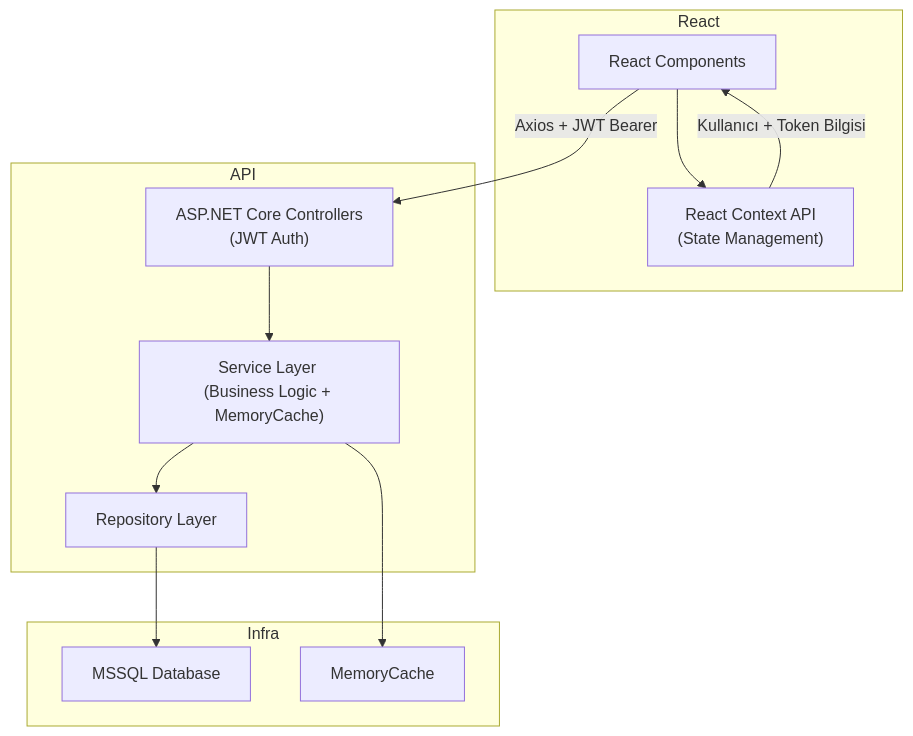
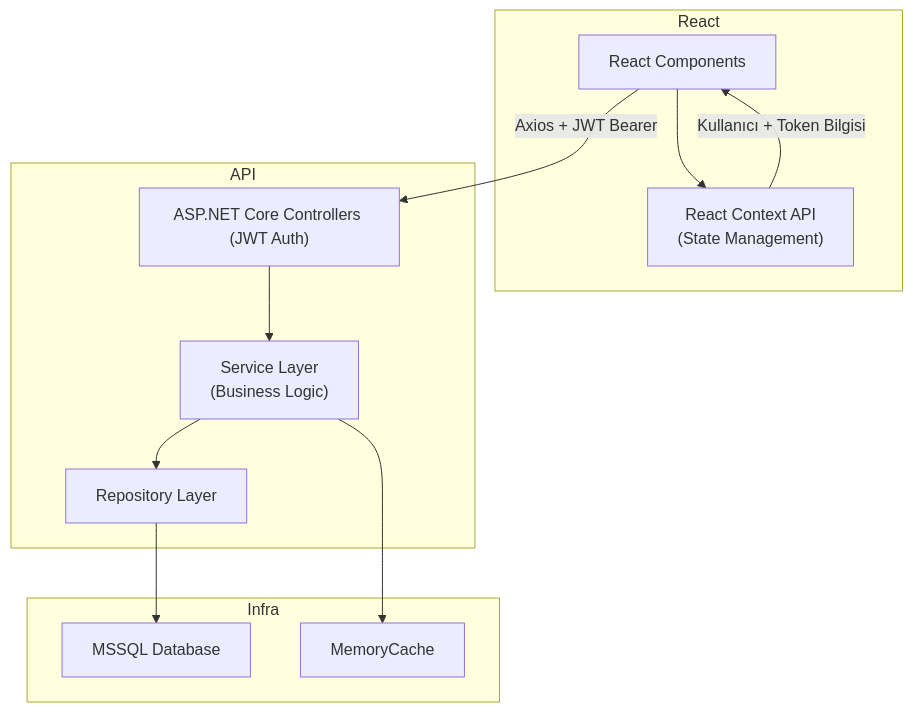
Before and after one commit to AliErenMercan/InveonBootcampAssignments: the diagram in README.md, drawn with Mermaid.

Commit message:
System Diagram has updated

````diff
--- a/README.md
+++ b/README.md
@@ -5,26 +5,28 @@
 ```mermaid
 flowchart TB
     subgraph React
     UI["React Components"]
-    ContextAPI["React Context API \n(State Management)"]
+    ContextAPI["React Context API 
+    (State Management)"]
     UI --> ContextAPI
     end
 
     subgraph API
-    Controller["ASP.NET Core Controllers \n(JWT Auth)"]
-    ServiceLayer["Service Layer \n(Business Logic + MemoryCache)"]
+    Controller["ASP.NET Core Controllers (JWT Auth)"]
+    ServiceLayer["Service Layer 
+    (Business Logic)"]
     RepositoryLayer["Repository Layer"]
     end
 
     subgraph Infra
     DB["MSSQL Database"]
     Cache["MemoryCache"]
     end
 
     UI -->|Axios + JWT Bearer| Controller
     Controller --> ServiceLayer
     ServiceLayer --> Cache
     ServiceLayer --> RepositoryLayer
     RepositoryLayer --> DB
     ContextAPI -->|Kullanıcı + Token Bilgisi| UI
 ``` 
````
